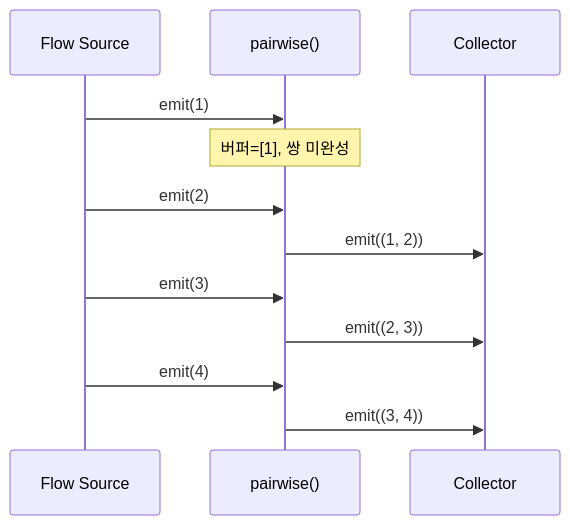
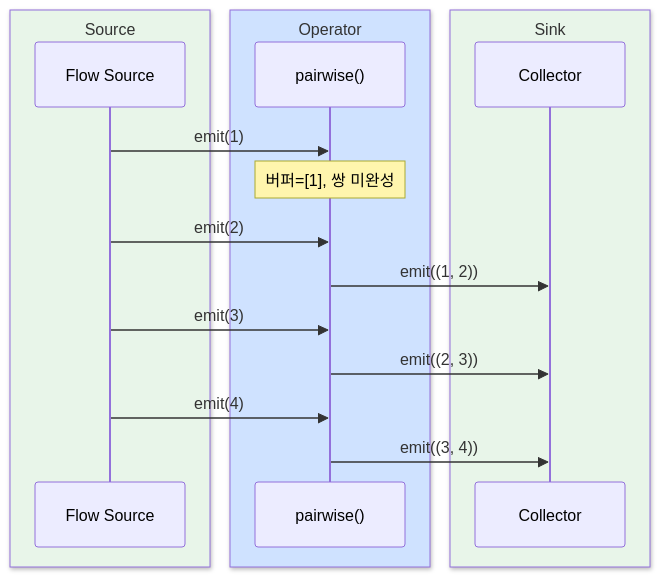
One commit to bluetape4k/bluetape4k-projects changed diagram 14 of 16 in bluetape4k/coroutines/README.ko.md. Above: the diagram before and after it, drawn with Mermaid. The commit also changed other lines of this file and 221 other files, not shown here.

First line of the commit message:
docs: 전체 모듈 README UML 다이어그램 보강 및 색상 업그레이드

````diff
--- a/bluetape4k/coroutines/README.ko.md
+++ b/bluetape4k/coroutines/README.ko.md
@@ -571,14 +668,20 @@
 ```mermaid
 sequenceDiagram
-    participant S as Flow Source
-    participant P as pairwise()
-    participant R as Collector
+    box rgb(232, 245, 233) Source
+        participant S as Flow Source
+    end
+    box rgb(207, 226, 255) Operator
+        participant P as pairwise()
+    end
+    box rgb(232, 245, 233) Sink
+        participant R as Collector
+    end
     S ->> P: emit(1)
     Note over P: 버퍼=[1], 쌍 미완성
     S ->> P: emit(2)
     P ->> R: emit((1, 2))
     S ->> P: emit(3)
     P ->> R: emit((2, 3))
     S ->> P: emit(4)
     P ->> R: emit((3, 4))
 ```
````
